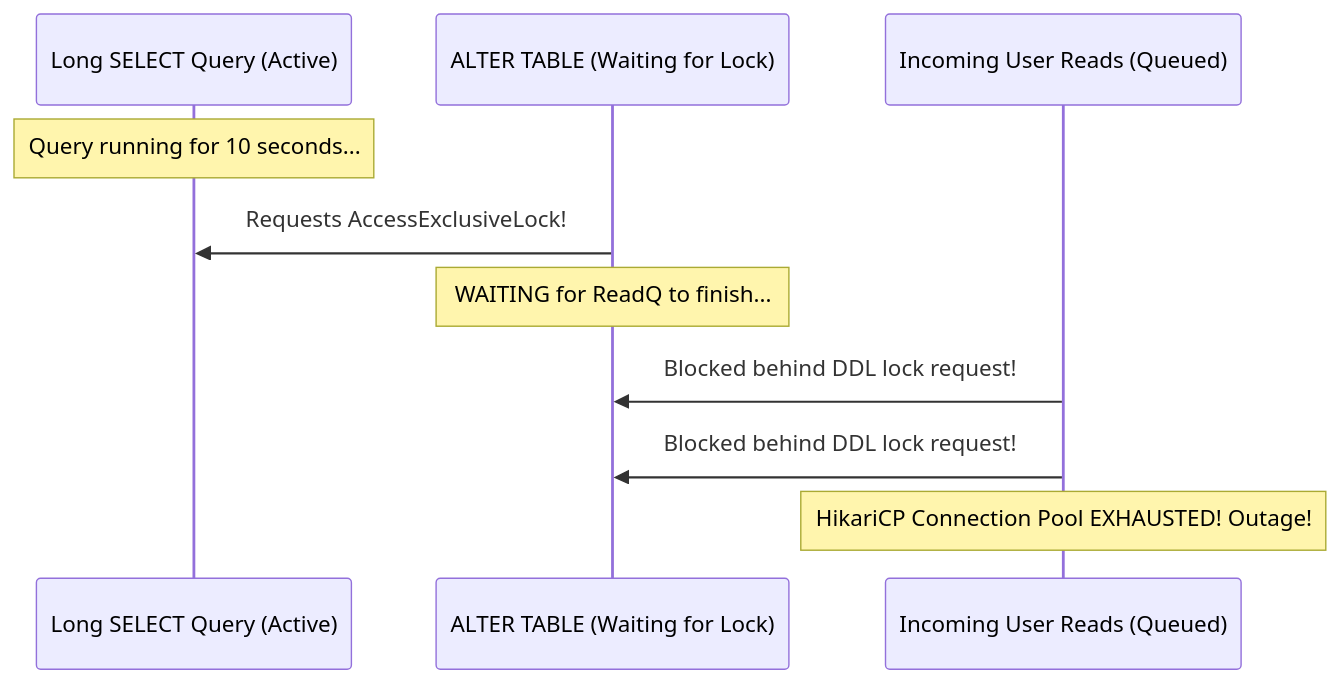
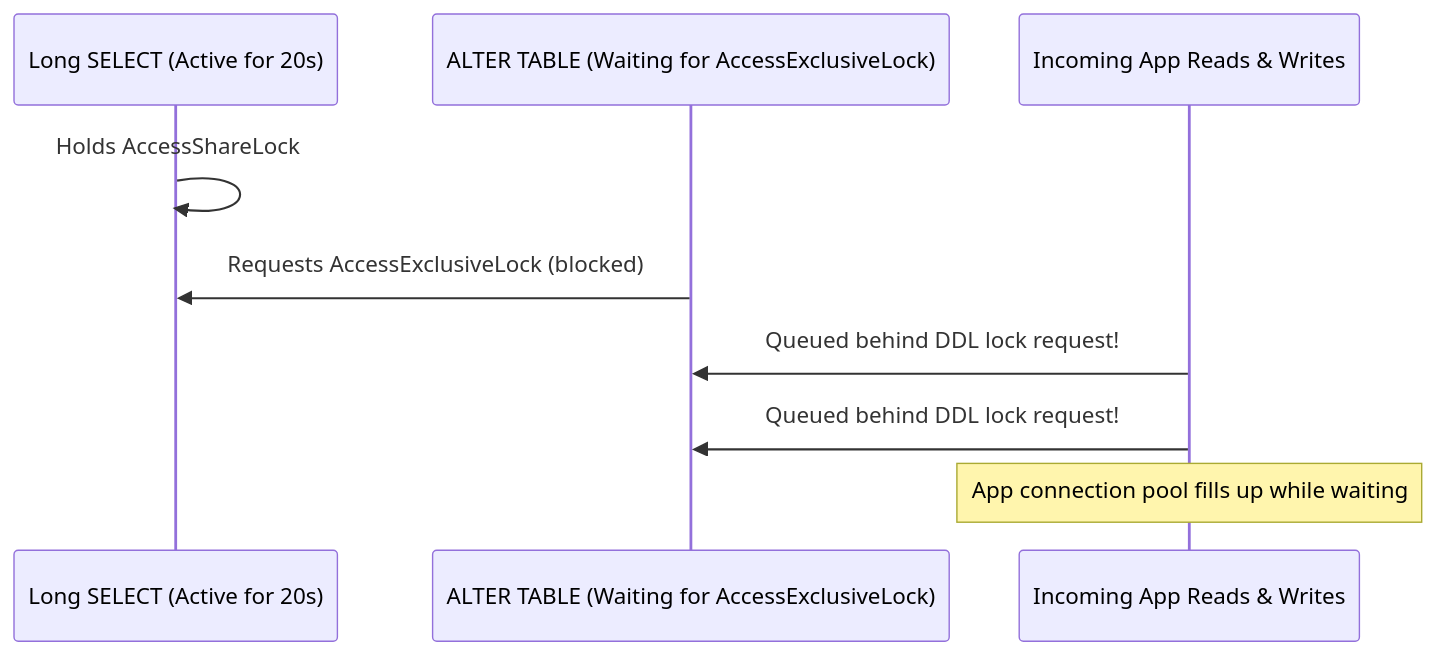
Before and after one commit to ravishankar2463/java_hub: the third of 3 diagrams in content/roadmap/level-7/database-migrations.md, drawn with Mermaid. The commit also changed other lines of this file and 119 other files, not shown here.

Commit message:
feat: add comprehensive java learning roadmap content across multiple levels

````diff
--- a/content/roadmap/level-7/database-migrations.md
+++ b/content/roadmap/level-7/database-migrations.md
@@ -214,13 +261,12 @@
 ```mermaid
 sequenceDiagram
-    participant ReadQ as Long SELECT Query (Active)
-    participant DDL as ALTER TABLE (Waiting for Lock)
-    participant Incoming as Incoming User Reads (Queued)
+    participant Report as Long SELECT (Active for 20s)
+    participant DDL as ALTER TABLE (Waiting for AccessExclusiveLock)
+    participant Traffic as Incoming App Reads & Writes
 
-    Note over ReadQ: Query running for 10 seconds...
-    DDL->>ReadQ: Requests AccessExclusiveLock!
-    Note over DDL: WAITING for ReadQ to finish...
-    Incoming->>DDL: Blocked behind DDL lock request!
-    Incoming->>DDL: Blocked behind DDL lock request!
-    Note over Incoming: HikariCP Connection Pool EXHAUSTED! Outage!
+    Report->>Report: Holds AccessShareLock
+    DDL->>Report: Requests AccessExclusiveLock (blocked)
+    Traffic->>DDL: Queued behind DDL lock request!
+    Traffic->>DDL: Queued behind DDL lock request!
+    Note over Traffic: App connection pool fills up while waiting
 ```
````
